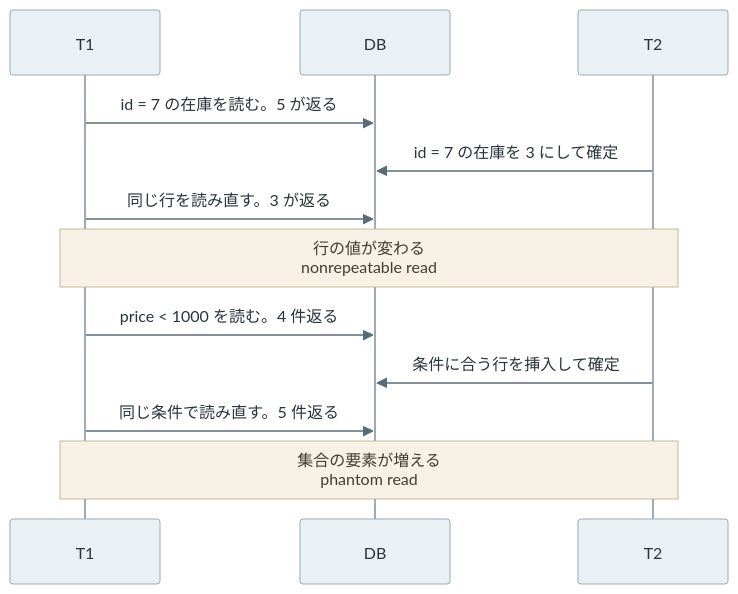
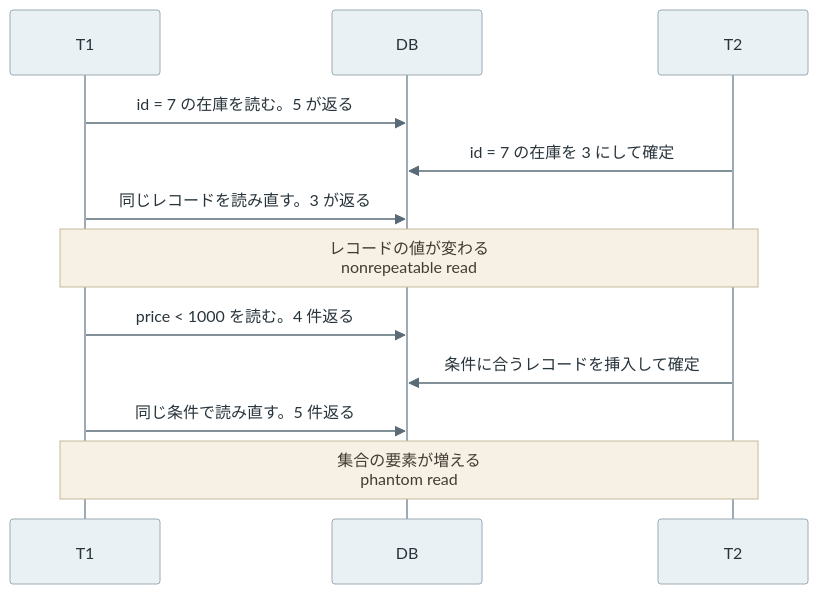
One commit to nao1215/debimate changed the third of 8 diagrams in content/notes/database-systems/transaction-isolation/index.md. Above: the diagram before and after it, drawn with Mermaid. The commit also changed other lines of this file and 125 other files, not shown here.

````diff
--- a/content/notes/database-systems/transaction-isolation/index.md
+++ b/content/notes/database-systems/transaction-isolation/index.md
@@ -91,15 +93,15 @@
 ```mermaid
 %%{init: {"theme":"base","themeVariables":{"primaryColor":"#eaf1f5","primaryTextColor":"#28343b","primaryBorderColor":"#9cabb5","lineColor":"#596b76","textColor":"#28343b","actorBkg":"#eaf1f5","actorBorder":"#9cabb5","actorTextColor":"#28343b","actorLineColor":"#9cabb5","signalColor":"#596b76","signalTextColor":"#28343b","noteBkgColor":"#f7f1e5","noteBorderColor":"#c5b99b","noteTextColor":"#403c32","activationBkgColor":"#edf3ef","activationBorderColor":"#9aafa1"}}}%%
 sequenceDiagram
     participant T1 as T1
     participant D as DB
     participant T2 as T2
     T1->>D: id = 7 の在庫を読む。5 が返る
     T2->>D: id = 7 の在庫を 3 にして確定
-    T1->>D: 同じ行を読み直す。3 が返る
-    Note over T1,T2: 行の値が変わる<br/>nonrepeatable read
+    T1->>D: 同じレコードを読み直す。3 が返る
+    Note over T1,T2: レコードの値が変わる<br/>nonrepeatable read
     T1->>D: price < 1000 を読む。4 件返る
-    T2->>D: 条件に合う行を挿入して確定
+    T2->>D: 条件に合うレコードを挿入して確定
     T1->>D: 同じ条件で読み直す。5 件返る
     Note over T1,T2: 集合の要素が増える<br/>phantom read
 ```
````
